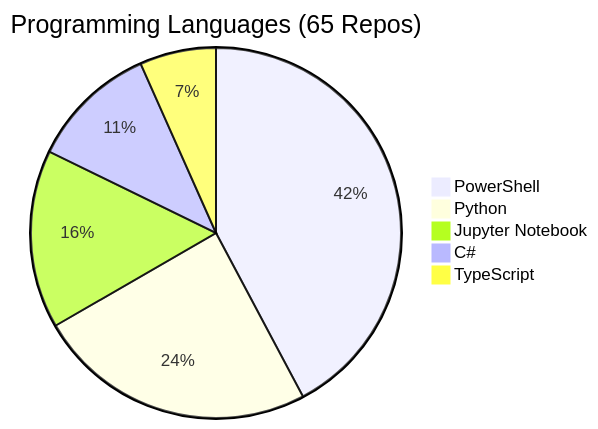
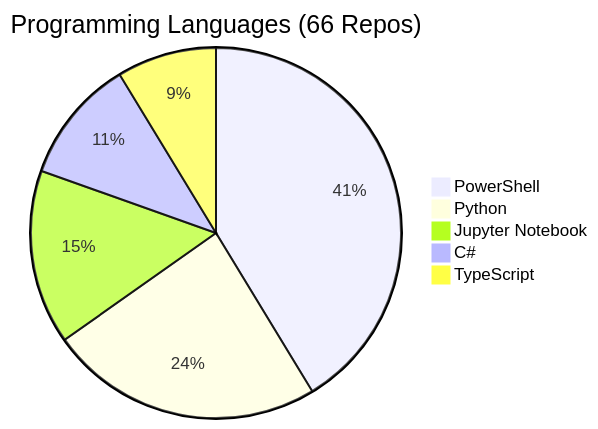
The diagram in REPOS.md (fabioc-aloha/fabioc-aloha), drawn with Mermaid before and after one commit. The commit also changed other lines of this file and 1 other file, not shown here.

````diff
--- a/REPOS.md
+++ b/REPOS.md
@@ -108,8 +109,8 @@
 ```mermaid
-pie title Programming Languages (65 Repos)
+pie title Programming Languages (66 Repos)
     "PowerShell" : 19
     "Python" : 11
     "Jupyter Notebook" : 7
     "C#" : 5
-    "TypeScript" : 3
+    "TypeScript" : 4
 ```
````
